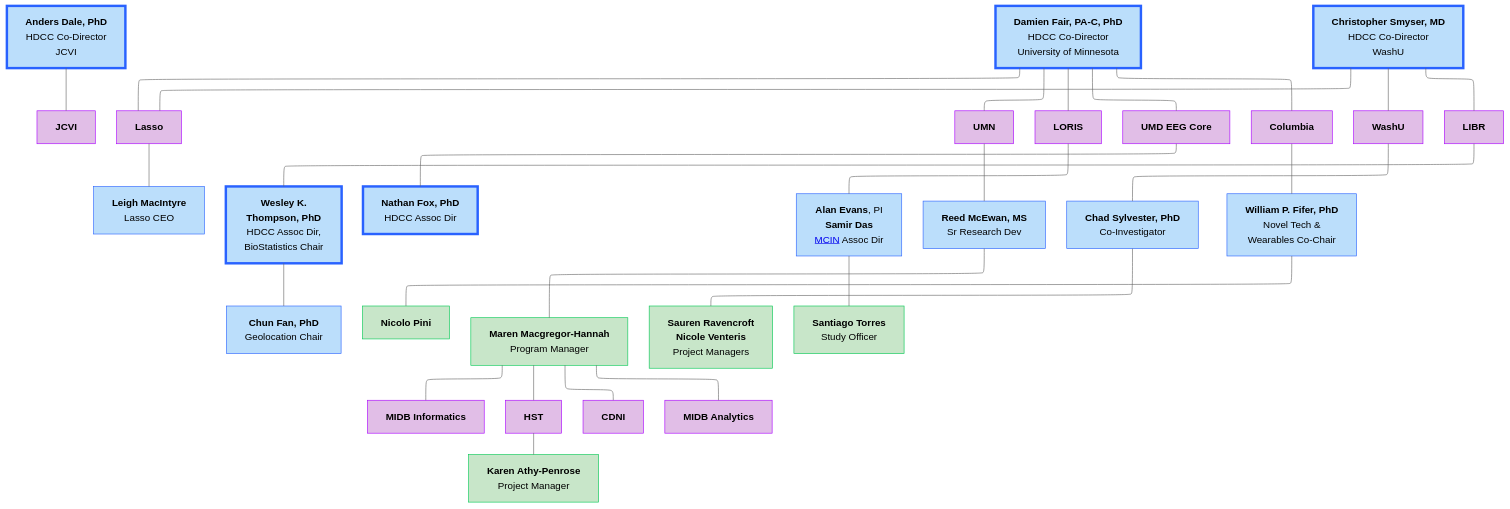
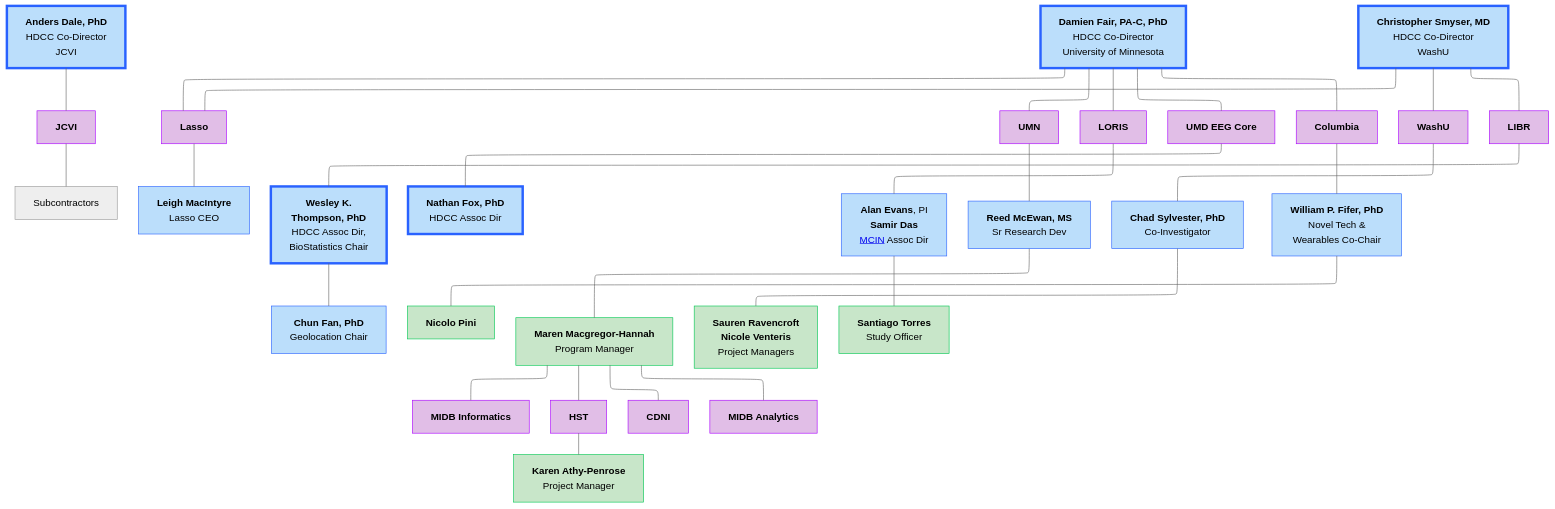
One commit to DCAN-Labs/hbcd-docs-internal changed the first of 12 diagrams in docs/orgcharts.md. Above: the diagram before and after it, drawn with Mermaid (neutral theme).

Commit message:
add subcontractors to overview test

````diff
--- a/docs/orgcharts.md
+++ b/docs/orgcharts.md
@@ -17,67 +17,68 @@
 ```mermaid
 ---
 config:
   layout: elk
 ---
 flowchart TB
     n2["<b>Anders Dale, PhD<br></b>HDCC Co-Director<br>JCVI"] --- jcvi["<b>JCVI</b>"]
+    jcvi --- jcviSC["Subcontractors"]
     E["<b>Damien Fair, PA-C, PhD</b><br>HDCC Co-Director<br>University of Minnesota"] --- lasso["<b>Lasso</b>"] & umn["<b>UMN</b>"] & n7["<b>LORIS</b>"] & n8["<b>UMD EEG Core</b>"] & n11["<b>Columbia</b>"]
     lasso --- lasso1["<b>Leigh MacIntyre</b><br>Lasso CEO"]
     n1["<b>Christopher Smyser, MD<br></b>HDCC Co-Director<br>WashU"] --- n10["<b>WashU</b>"] & n12["<b>LIBR</b>"] & lasso
     n16["<b>Wesley K.<br>Thompson, PhD</b><br>HDCC Assoc Dir,<br>BioStatistics Chair"] --- n17["<b>Chun Fan, PhD</b><br>Geolocation Chair"]
     n12 --- n16
     n8 --- n19["<b>Nathan Fox, PhD<br></b>HDCC Assoc Dir"]
     n7 --- n20["<b>Alan Evans</b>, PI<br><b>Samir Das</b><br><a href="https://mcin.ca/about-mcin/" target="_blank">MCIN</a> Assoc Dir"]
     umn --- reed["<b>Reed McEwan, MS</b><br>Sr Research Dev"]
     n10 --- n22["<b>Chad Sylvester, PhD</b><br>Co-Investigator"]
     n11 --- n18["<b>William P. Fifer, PhD</b><br>Novel Tech &<br>Wearables Co-Chair"]
     n18 --- n34["<b>Nicolo Pini</b>"]
     reed --- n30["<b>Maren Macgregor-Hannah</b><br>Program Manager"]
     n30 --- n25["<b>MIDB Informatics</b>"]
     n30 --- n27["<b>HST</b>"]
     n30 --- n28["<b>CDNI</b>"]
     n30 --- n29["<b>MIDB Analytics</b>"]
     n27 --- n31["<b>Karen Athy-Penrose</b><br>Project Manager"]
     n22 --- n32["<b>Sauren Ravencroft<br>Nicole Venteris</b><br>Project Managers"]
     n20 --- n33["<b>Santiago Torres</b><br>Study Officer"]
     style n2 fill:#BBDEFB,stroke:#2962FF,stroke-width:4px
     style jcvi fill:#E1BEE7,stroke:#AA00FF
     style E fill:#BBDEFB,stroke:#2962FF,stroke-width:4px
     style lasso fill:#E1BEE7,stroke:#AA00FF
     style umn fill:#E1BEE7,stroke:#AA00FF
     style n7 fill:#E1BEE7,stroke:#AA00FF
     style n8 fill:#E1BEE7,stroke:#AA00FF
     style n11 fill:#E1BEE7,stroke:#AA00FF
     style lasso1 fill:#BBDEFB,stroke:#2962FF
     style n1 fill:#BBDEFB,stroke:#2962FF,stroke-width:4px
     style n10 fill:#E1BEE7,stroke:#AA00FF
     style n12 fill:#E1BEE7,stroke:#AA00FF
     style n16 fill:#BBDEFB,stroke:#2962FF,stroke-width:4px
     style n17 fill:#BBDEFB,stroke:#2962FF
     style n19 fill:#BBDEFB,stroke:#2962FF,stroke-width:4px
     style n20 fill:#BBDEFB,stroke:#2962FF
     style reed fill:#BBDEFB,stroke:#2962FF
     style n22 fill:#BBDEFB,stroke:#2962FF
     style n18 fill:#BBDEFB,stroke:#2962FF
     style n25 fill:#E1BEE7,stroke:#AA00FF
     style n27 fill:#E1BEE7,stroke:#AA00FF
     style n28 fill:#E1BEE7,stroke:#AA00FF
     style n29 fill:#E1BEE7,stroke:#AA00FF
     style n30 fill:#C8E6C9,stroke:#00C853
     style n31 fill:#C8E6C9,stroke:#00C853
     style n32 fill:#C8E6C9,stroke:#00C853
     style n33 fill:#C8E6C9,stroke:#00C853
     style n34 fill:#C8E6C9,stroke:#00C853
     click jcvi "#j-craig-venter-institute"
     click lasso "#lasso"
     click umn "#university-of-minnesota"
     click n7 "#loris"
     click n8 "#university-of-maryland"
     click n10 "#washu"
     click n25 "#midb-informatics-hub-msi"
     click n29 "#midb-analytics-hub"
     click n27 "#health-sciences-technology"
     click n28 "#center-for-developmental-neuroimaging"
     click n12 "#libr"
     click n11 "#columbia-university"
 ```
````
